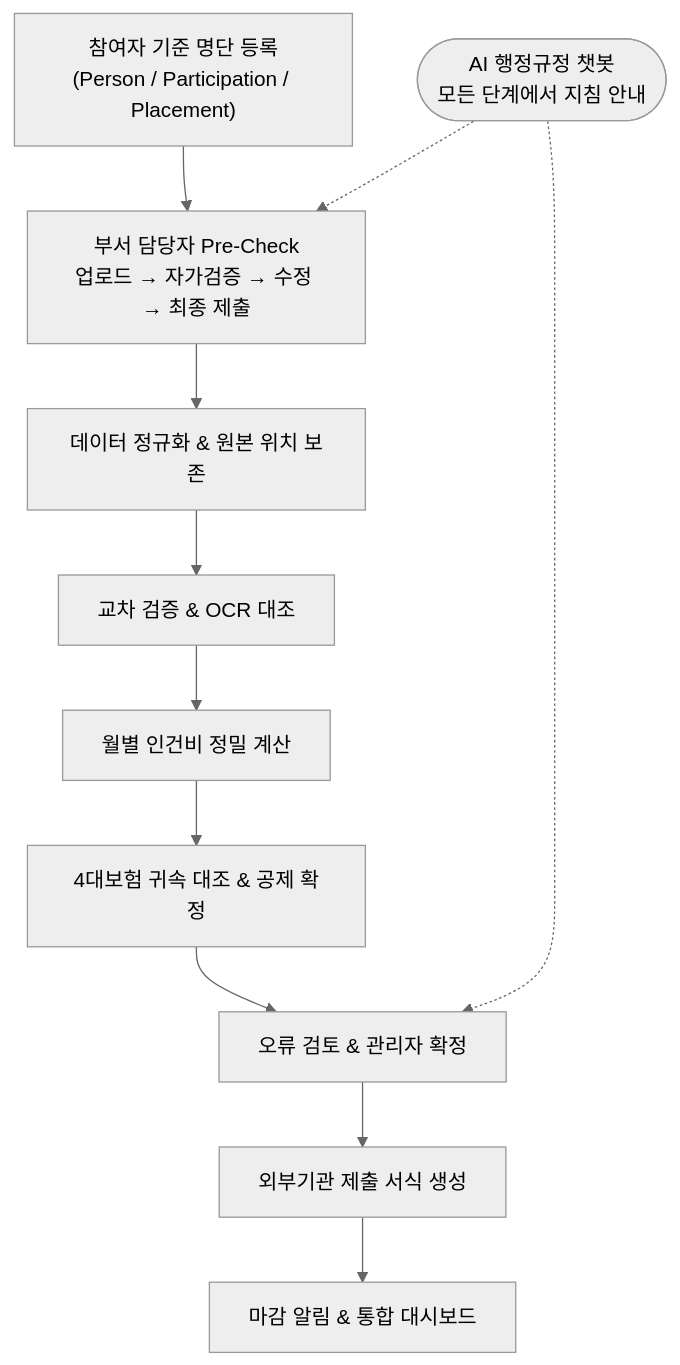
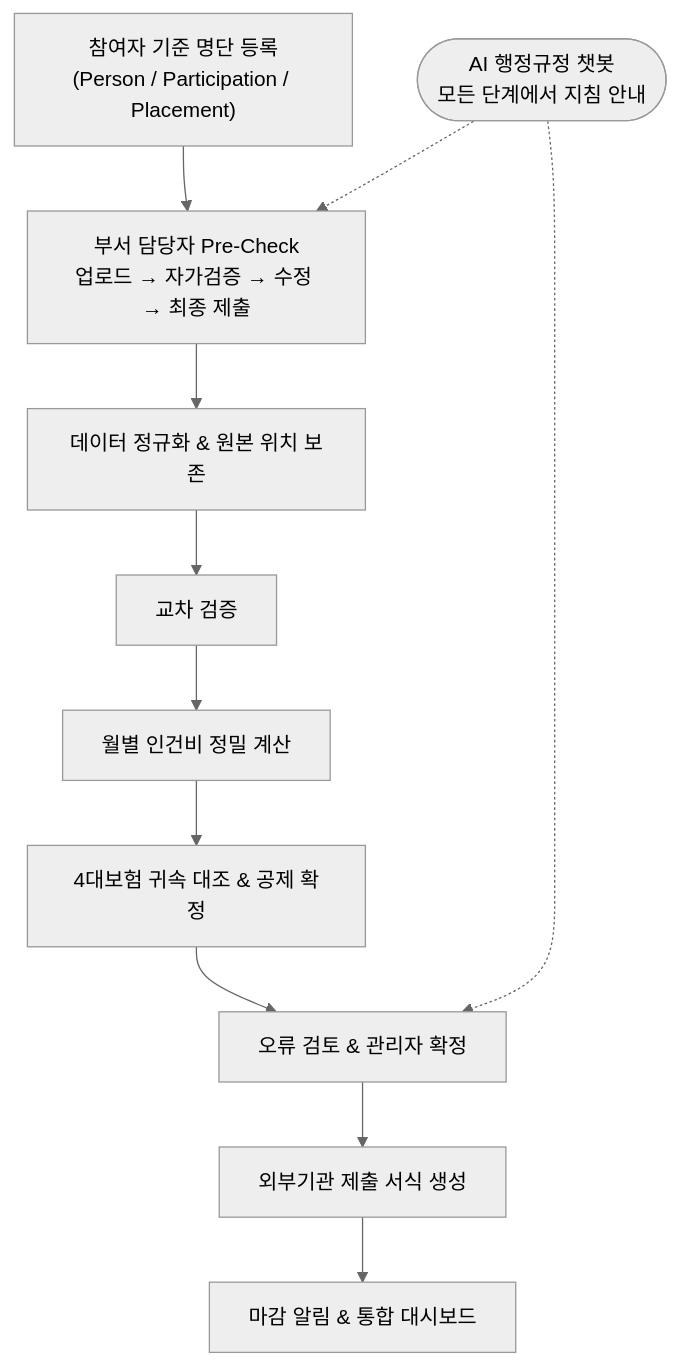
One commit to YC-CapstoneDesign-5/.github changed the fourth of 12 diagrams in docs/ARCHITECTURE.md. Above: the diagram before and after it, drawn with Mermaid (neutral theme). The commit also changed other lines of this file and 6 other files, not shown here.

````diff
--- a/docs/ARCHITECTURE.md
+++ b/docs/ARCHITECTURE.md
@@ -150,13 +149,13 @@
 ```mermaid
 flowchart TD
     A["참여자 기준 명단 등록<br>(Person / Participation / Placement)"] --> P
     P["부서 담당자 Pre-Check<br>업로드 → 자가검증 → 수정 → 최종 제출"] --> C
     C["데이터 정규화 & 원본 위치 보존"] --> D
-    D["교차 검증 & OCR 대조"] --> E
+    D["교차 검증"] --> E
     E["월별 인건비 정밀 계산"] --> F
     F["4대보험 귀속 대조 & 공제 확정"] --> G
     G["오류 검토 & 관리자 확정"] --> H
     H["외부기관 제출 서식 생성"] --> I
     I["마감 알림 & 통합 대시보드"]
     BOT(["AI 행정규정 챗봇<br>모든 단계에서 지침 안내"]) -.-> P & G
 ```
````
